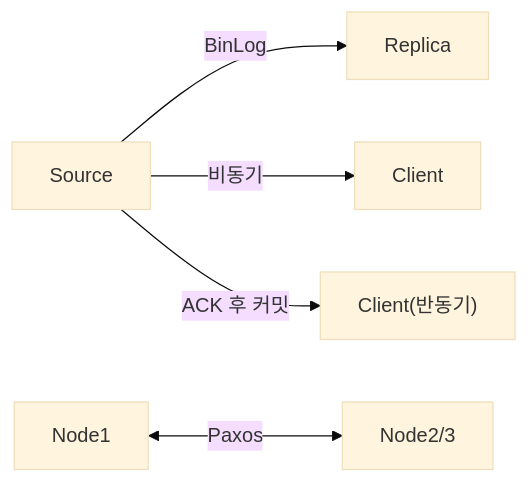
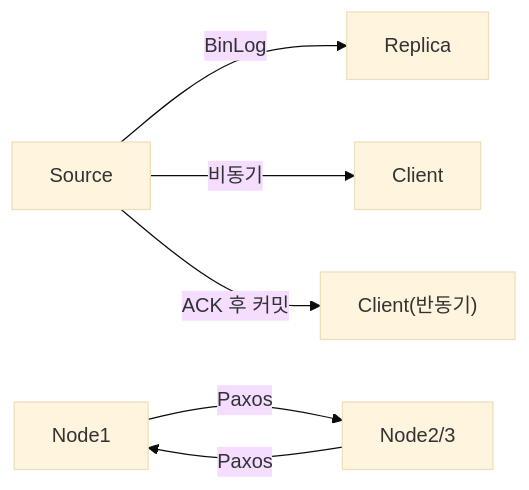
Diagram 12 of 15 in _posts/db/2026-05-01-db-comparison.md (yjkim2015/yjkim2015.github.io), drawn with Mermaid (base theme) before and after one commit. The commit also changed other lines of this file and 38 other files, not shown here.

First line of the commit message:
Mermaid 파싱 에러 최종 수정 + 화살표 간격 확대

````diff
--- a/_posts/db/2026-05-01-db-comparison.md
+++ b/_posts/db/2026-05-01-db-comparison.md
@@ -352,7 +353,8 @@
 ```mermaid
 graph LR
     S["Source"] -->|"BinLog"| R["Replica"]
     S -->|"비동기"| CL1["Client"]
     S -->|"ACK 후 커밋"| CL2["Client(반동기)"]
-    N1["Node1"] <-->|"Paxos"| N2["Node2/3"]
+    N1["Node1"] -->|"Paxos"| N2["Node2/3"]
+    N2["Node2/3"] -->|"Paxos"| N1["Node1"]
 ```
````
